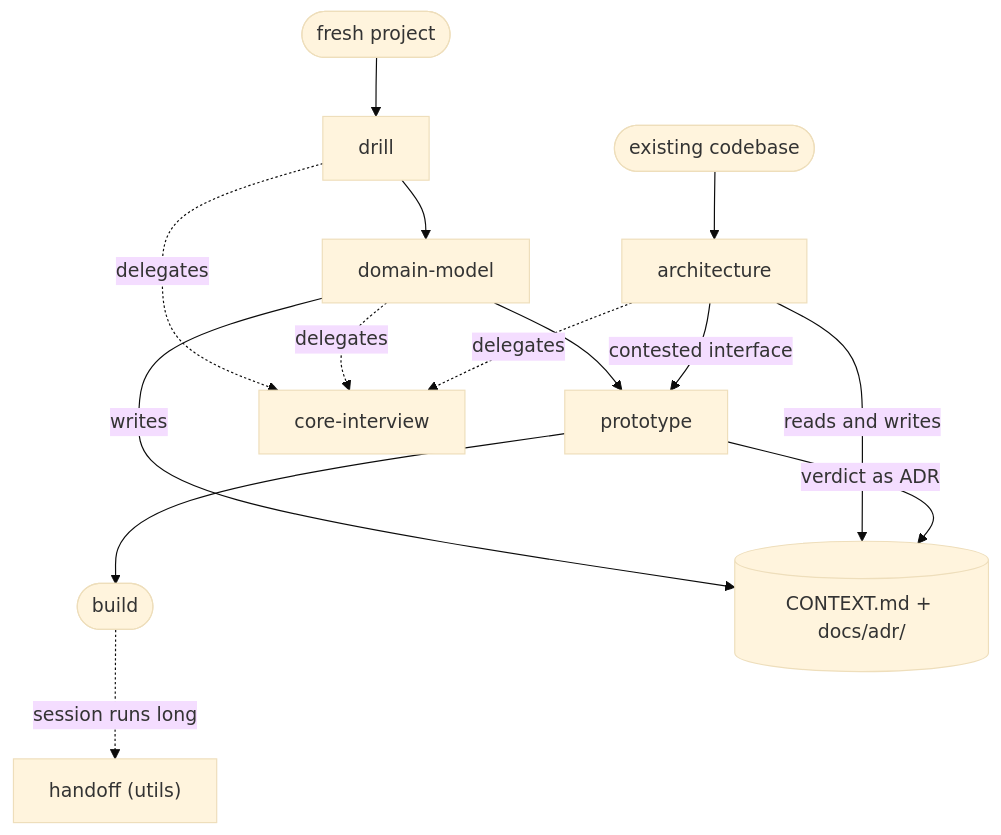
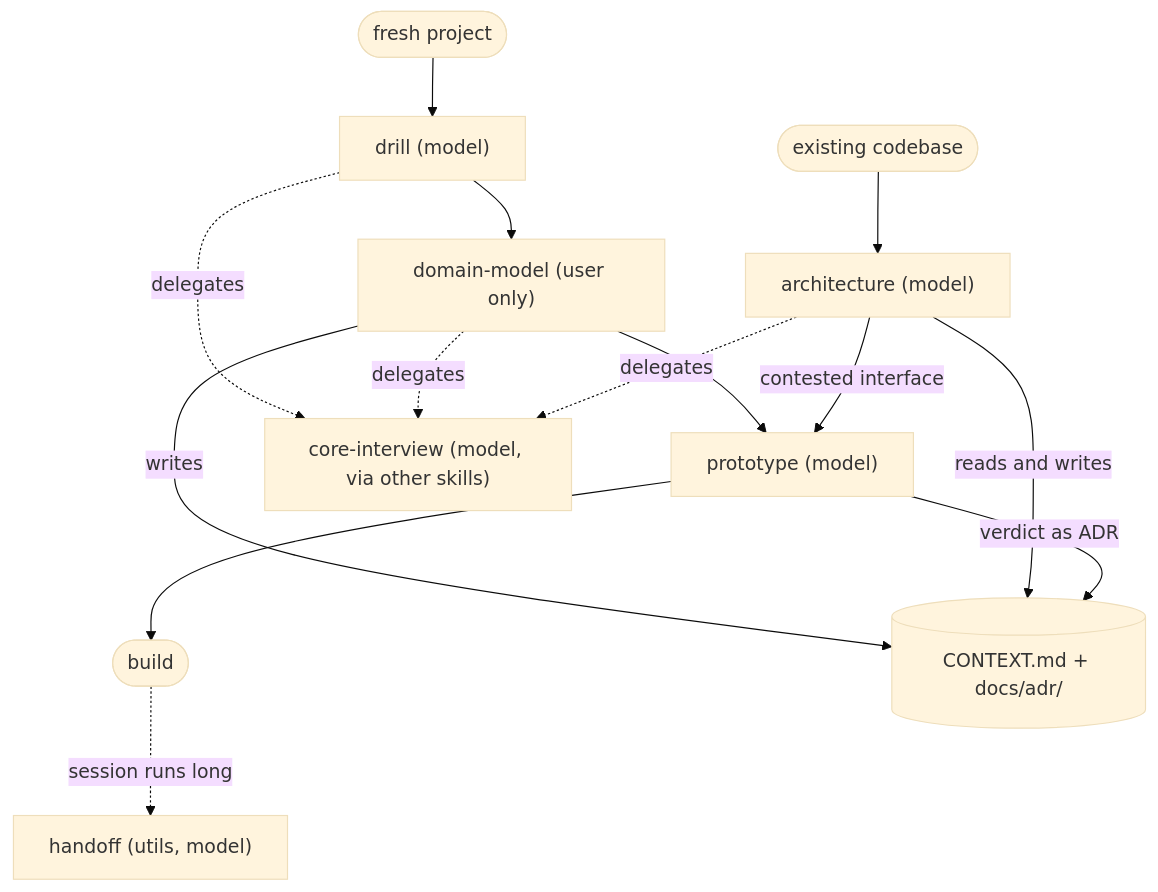
Before and after one commit to gitshrl/skills: the diagram in README.md, drawn with Mermaid (base theme).

Commit message:
flag invocation mode on diagram nodes

````diff
--- a/README.md
+++ b/README.md
@@ -31,20 +31,20 @@
 ```mermaid
 flowchart TD
-    fresh([fresh project]) --> drill
-    existing([existing codebase]) --> architecture
+    fresh([fresh project]) --> drill["drill (model)"]
+    existing([existing codebase]) --> architecture["architecture (model)"]
 
-    drill --> dm[domain-model]
-    dm --> proto[prototype]
+    drill --> dm["domain-model (user only)"]
+    dm --> proto["prototype (model)"]
     proto --> build([build])
     architecture -- contested interface --> proto
 
-    drill -. delegates .-> ci[core-interview]
+    drill -. delegates .-> ci["core-interview (model, via other skills)"]
     dm -. delegates .-> ci
     architecture -. delegates .-> ci
 
     dm -- writes --> docs[("CONTEXT.md + docs/adr/")]
     architecture -- reads and writes --> docs
     proto -- verdict as ADR --> docs
 
-    build -. session runs long .-> handoff["handoff (utils)"]
+    build -. session runs long .-> handoff["handoff (utils, model)"]
 ```
````
